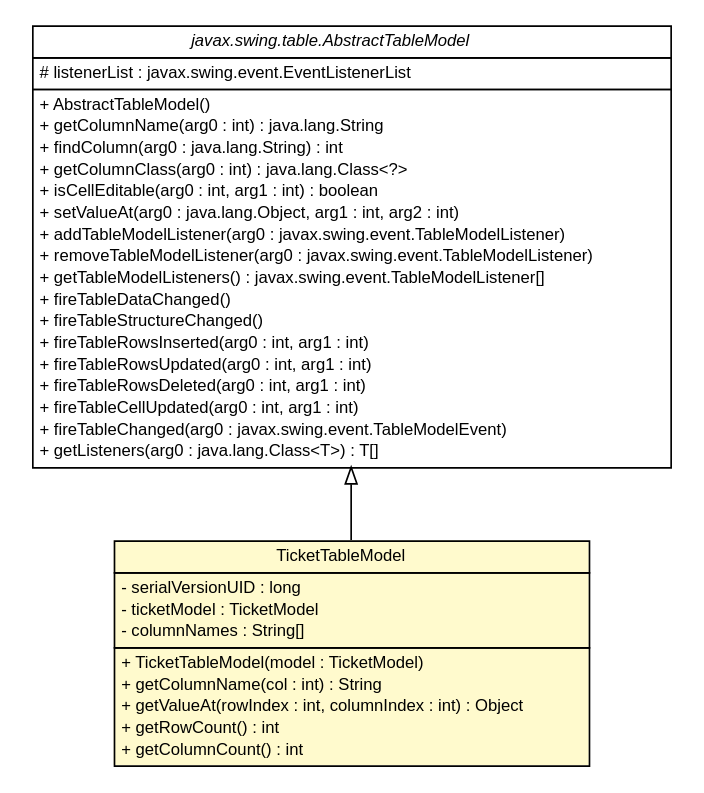
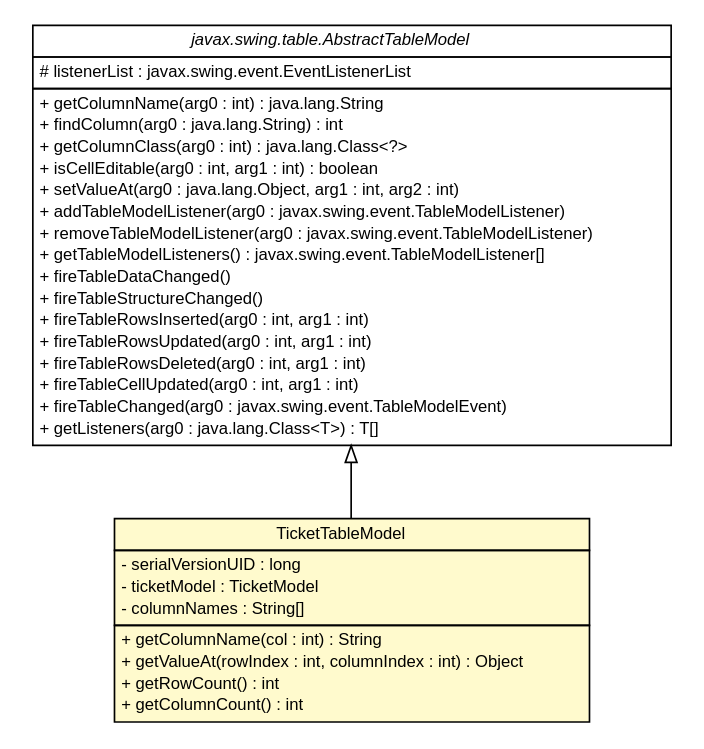
One commit to Dr4K4n/TroubleTicketManagement changed the diagram in doc/de/articmodding/TroubleTicket/TicketTableModel.dot. Above: the diagram before and after it, drawn with Graphviz. The commit also changed 58 other files, not shown here.

```diff
--- a/doc/de/articmodding/TroubleTicket/TicketTableModel.dot
+++ b/doc/de/articmodding/TroubleTicket/TicketTableModel.dot
@@ -1,60 +1,58 @@
 #!/usr/local/bin/dot
 #
 # Class diagram 
 # Generated by UMLGraph version 5.4 (http://www.umlgraph.org/)
 #
 
 digraph G {
 	edge [fontname="Helvetica",fontsize=10,labelfontname="Helvetica",labelfontsize=10];
 	node [fontname="Helvetica",fontsize=10,shape=plaintext];
 	nodesep=0.25;
 	ranksep=0.5;
 	// de.articmodding.TroubleTicket.TicketTableModel
 	c112 [label=<<table title="de.articmodding.TroubleTicket.TicketTableModel" border="0" cellborder="1" cellspacing="0" cellpadding="2" port="p" bgcolor="lemonChiffon" href="./TicketTableModel.html">
 		<tr><td><table border="0" cellspacing="0" cellpadding="1">
 <tr><td align="center" balign="center"> TicketTableModel </td></tr>
 		</table></td></tr>
 		<tr><td><table border="0" cellspacing="0" cellpadding="1">
 <tr><td align="left" balign="left"> - serialVersionUID : long </td></tr>
 <tr><td align="left" balign="left"> - ticketModel : TicketModel </td></tr>
 <tr><td align="left" balign="left"> - columnNames : String[] </td></tr>
 		</table></td></tr>
 		<tr><td><table border="0" cellspacing="0" cellpadding="1">
-<tr><td align="left" balign="left"> + TicketTableModel(model : TicketModel) </td></tr>
 <tr><td align="left" balign="left"> + getColumnName(col : int) : String </td></tr>
 <tr><td align="left" balign="left"> + getValueAt(rowIndex : int, columnIndex : int) : Object </td></tr>
 <tr><td align="left" balign="left"> + getRowCount() : int </td></tr>
 <tr><td align="left" balign="left"> + getColumnCount() : int </td></tr>
 		</table></td></tr>
 		</table>>, URL="./TicketTableModel.html", fontname="Helvetica", fontcolor="black", fontsize=10.0];
 	//de.articmodding.TroubleTicket.TicketTableModel extends javax.swing.table.AbstractTableModel
 	c114:p -> c112:p [dir=back,arrowtail=empty];
 	// javax.swing.table.AbstractTableModel
 	c114 [label=<<table title="javax.swing.table.AbstractTableModel" border="0" cellborder="1" cellspacing="0" cellpadding="2" port="p" href="http://java.sun.com/j2se/1.4.2/docs/api/javax/swing/table/AbstractTableModel.html">
 		<tr><td><table border="0" cellspacing="0" cellpadding="1">
 <tr><td align="center" balign="center"><font face="Helvetica-Oblique"> javax.swing.table.AbstractTableModel </font></td></tr>
 		</table></td></tr>
 		<tr><td><table border="0" cellspacing="0" cellpadding="1">
 <tr><td align="left" balign="left"> # listenerList : javax.swing.event.EventListenerList </td></tr>
 		</table></td></tr>
 		<tr><td><table border="0" cellspacing="0" cellpadding="1">
-<tr><td align="left" balign="left"> + AbstractTableModel() </td></tr>
 <tr><td align="left" balign="left"> + getColumnName(arg0 : int) : java.lang.String </td></tr>
 <tr><td align="left" balign="left"> + findColumn(arg0 : java.lang.String) : int </td></tr>
 <tr><td align="left" balign="left"> + getColumnClass(arg0 : int) : java.lang.Class&lt;?&gt; </td></tr>
 <tr><td align="left" balign="left"> + isCellEditable(arg0 : int, arg1 : int) : boolean </td></tr>
 <tr><td align="left" balign="left"> + setValueAt(arg0 : java.lang.Object, arg1 : int, arg2 : int) </td></tr>
 <tr><td align="left" balign="left"> + addTableModelListener(arg0 : javax.swing.event.TableModelListener) </td></tr>
 <tr><td align="left" balign="left"> + removeTableModelListener(arg0 : javax.swing.event.TableModelListener) </td></tr>
 <tr><td align="left" balign="left"> + getTableModelListeners() : javax.swing.event.TableModelListener[] </td></tr>
 <tr><td align="left" balign="left"> + fireTableDataChanged() </td></tr>
 <tr><td align="left" balign="left"> + fireTableStructureChanged() </td></tr>
 <tr><td align="left" balign="left"> + fireTableRowsInserted(arg0 : int, arg1 : int) </td></tr>
 <tr><td align="left" balign="left"> + fireTableRowsUpdated(arg0 : int, arg1 : int) </td></tr>
 <tr><td align="left" balign="left"> + fireTableRowsDeleted(arg0 : int, arg1 : int) </td></tr>
 <tr><td align="left" balign="left"> + fireTableCellUpdated(arg0 : int, arg1 : int) </td></tr>
 <tr><td align="left" balign="left"> + fireTableChanged(arg0 : javax.swing.event.TableModelEvent) </td></tr>
 <tr><td align="left" balign="left"> + getListeners(arg0 : java.lang.Class&lt;T&gt;) : T[] </td></tr>
 		</table></td></tr>
 		</table>>, URL="http://java.sun.com/j2se/1.4.2/docs/api/javax/swing/table/AbstractTableModel.html", fontname="Helvetica", fontcolor="black", fontsize=10.0];
 }
```
